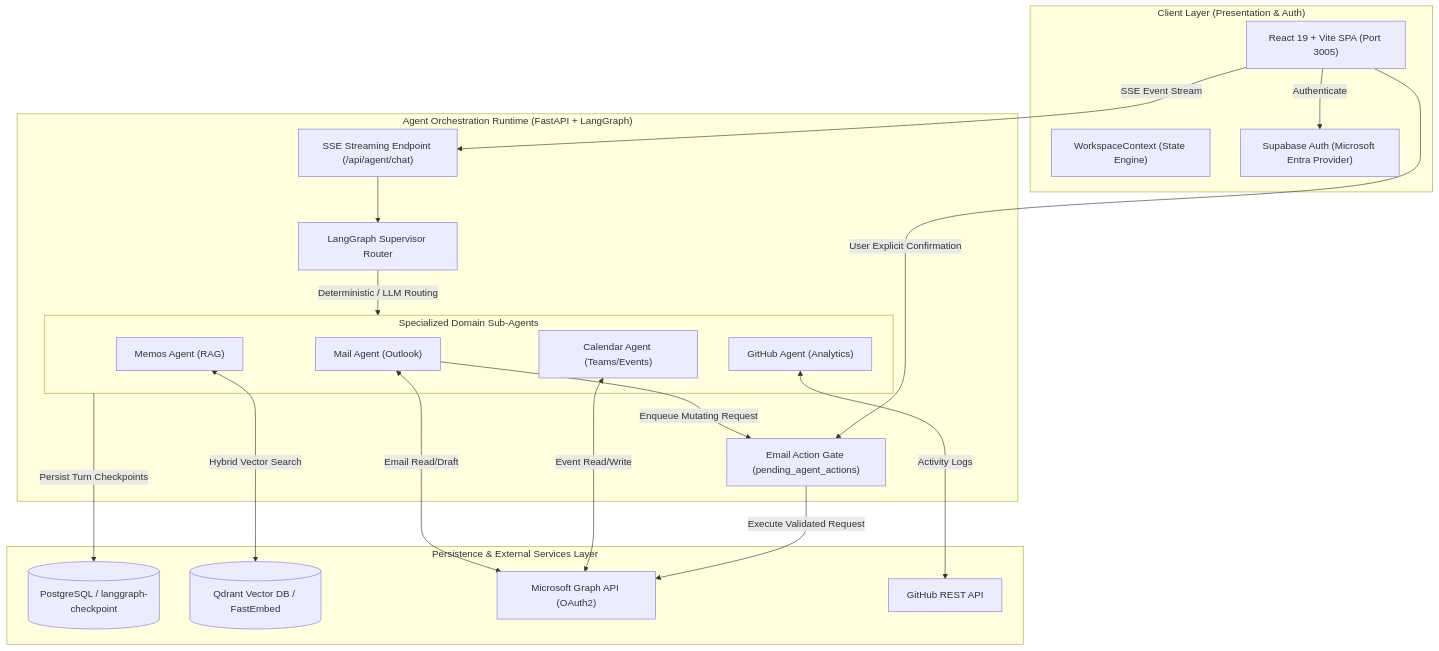
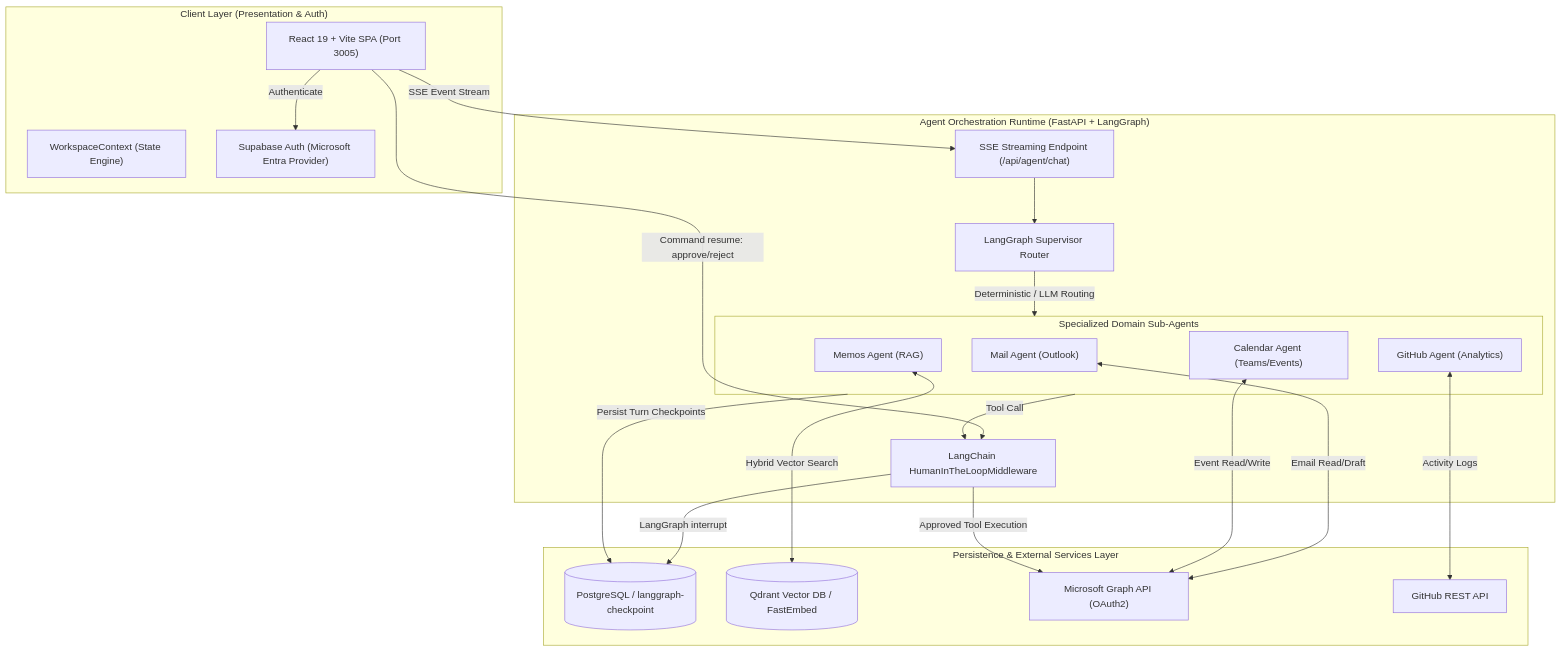
The diagram in README.md (hunanjay/friday), drawn with Mermaid before and after one commit. The commit also changed other lines of this file and 26 other files, not shown here.

````diff
--- a/README.md
+++ b/README.md
@@ -50,44 +50,45 @@
 ```mermaid
 graph TD
     subgraph ClientLayer ["Client Layer (Presentation & Auth)"]
         FE["React 19 + Vite SPA (Port 3005)"]
         CTX["WorkspaceContext (State Engine)"]
         SupaAuth["Supabase Auth (Microsoft Entra Provider)"]
     end
 
     subgraph AgentRuntime ["Agent Orchestration Runtime (FastAPI + LangGraph)"]
         SSE["SSE Streaming Endpoint (/api/agent/chat)"]
         SupAgent["LangGraph Supervisor Router"]
         
         subgraph SubAgents ["Specialized Domain Sub-Agents"]
             MailA["Mail Agent (Outlook)"]
             CalA["Calendar Agent (Teams/Events)"]
             MemoA["Memos Agent (RAG)"]
             GHA["GitHub Agent (Analytics)"]
         end
 
-        Gate["Email Action Gate (pending_agent_actions)"]
+        Gate["LangChain HumanInTheLoopMiddleware"]
     end
 
     subgraph PersistenceLayer ["Persistence & External Services Layer"]
         Postgres[(PostgreSQL / langgraph-checkpoint)]
         QdrantDB[(Qdrant Vector DB / FastEmbed)]
         MSGraph["Microsoft Graph API (OAuth2)"]
         GHAPI["GitHub REST API"]
     end
 
     FE -->|Authenticate| SupaAuth
     FE -->|SSE Event Stream| SSE
     SSE --> SupAgent
     
     SupAgent -->|Deterministic / LLM Routing| SubAgents
     MailA <-->|Email Read/Draft| MSGraph
     CalA <-->|Event Read/Write| MSGraph
     GHA <-->|Activity Logs| GHAPI
     MemoA <-->|Hybrid Vector Search| QdrantDB
     
     SubAgents -->|Persist Turn Checkpoints| Postgres
-    MailA -->|Enqueue Mutating Request| Gate
-    FE -->|User Explicit Confirmation| Gate
-    Gate -->|Execute Validated Request| MSGraph
+    SubAgents -->|Tool Call| Gate
+    Gate -->|LangGraph interrupt| Postgres
+    FE -->|Command resume: approve/reject| Gate
+    Gate -->|Approved Tool Execution| MSGraph
 ```
````
